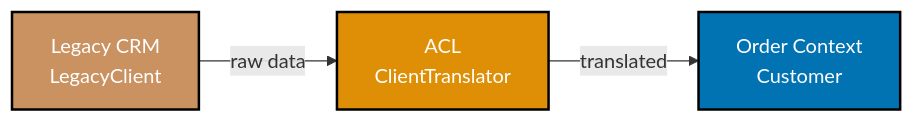
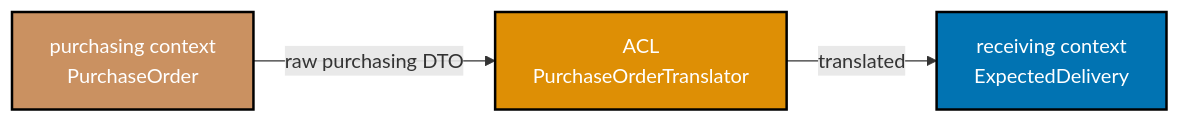
The diagram in apps/ayokoding-web/content/en/learn/software-engineering/architecture/domain-driven-design-ddd/oop-by-example/advanced.md (wahidyankf/open-sharia-enterprise), drawn with Mermaid before and after one commit. The commit also changed other lines of this file and 38 other files, not shown here.

First line of the commit message:
docs(ayokoding-web): unify architecture tutorials on shared P2P domain

````diff
--- a/apps/ayokoding-web/content/en/learn/software-engineering/architecture/domain-driven-design-ddd/oop-by-example/advanced.md
+++ b/apps/ayokoding-web/content/en/learn/software-engineering/architecture/domain-driven-design-ddd/oop-by-example/advanced.md
@@ -463,13 +18,13 @@
 ```mermaid
 graph LR
-    A["Legacy CRM<br/>LegacyClient"]:::brown
-    B["ACL<br/>ClientTranslator"]:::orange
-    C["Order Context<br/>Customer"]:::blue
+    A["purchasing context<br/>PurchaseOrder"]:::brown
+    B["ACL<br/>PurchaseOrderTranslator"]:::orange
+    C["receiving context<br/>ExpectedDelivery"]:::blue
 
-    A -->|raw data| B
+    A -->|raw purchasing DTO| B
     B -->|translated| C
 
     classDef blue fill:#0173B2,stroke:#000000,color:#FFFFFF,stroke-width:2px
     classDef orange fill:#DE8F05,stroke:#000000,color:#FFFFFF,stroke-width:2px
     classDef brown fill:#CA9161,stroke:#000000,color:#FFFFFF,stroke-width:2px
 ```
````
